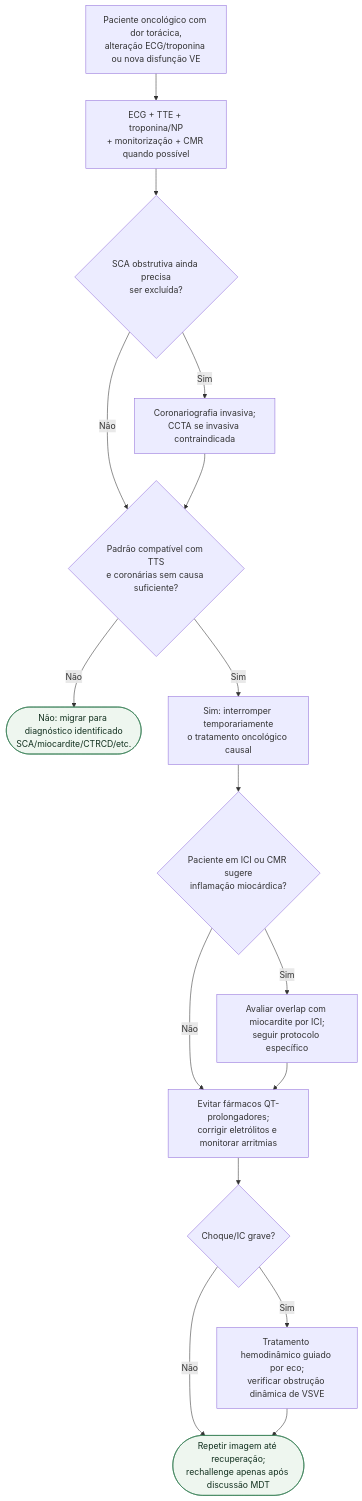
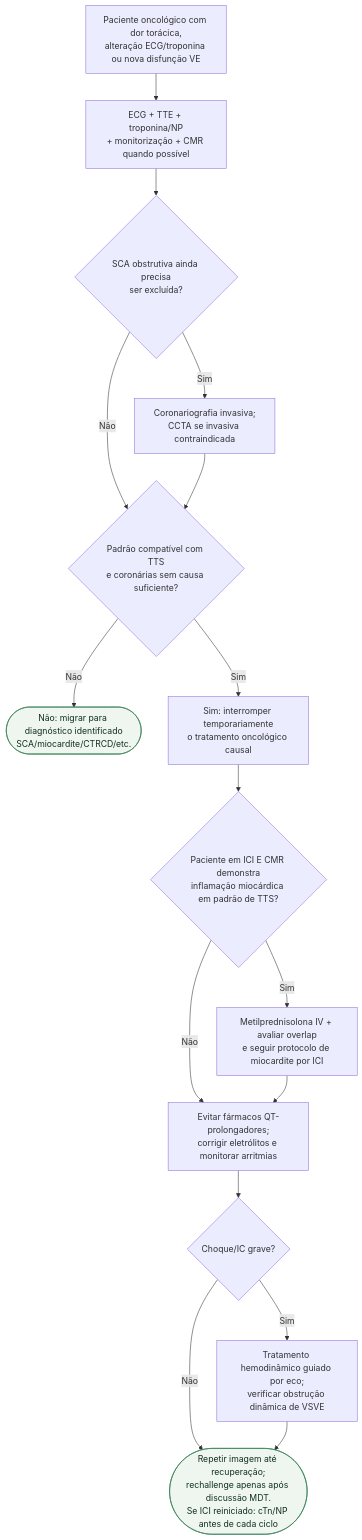
Before and after one commit to rafaelpaesmeirelles/MeuCardio: the diagram in content/Cardio-oncologia/fluxograma-sindrome-de-takotsubo-associada-ao-cancer-e-terapia-antineoplasica.md, drawn with Mermaid. The commit also changed other lines of this file and 26 other files, not shown here.

````diff
--- a/content/Cardio-oncologia/fluxograma-sindrome-de-takotsubo-associada-ao-cancer-e-terapia-antineoplasica.md
+++ b/content/Cardio-oncologia/fluxograma-sindrome-de-takotsubo-associada-ao-cancer-e-terapia-antineoplasica.md
@@ -13,35 +14,35 @@
 ```mermaid
 flowchart TD
   R0["Paciente oncológico com dor torácica,<br/>alteração ECG/troponina ou nova disfunção VE"]
   P1["ECG + TTE + troponina/NP<br/>+ monitorização + CMR quando possível"]
   D1{"SCA obstrutiva ainda precisa<br/>ser excluída?"}
   P2["Coronariografia invasiva;<br/>CCTA se invasiva contraindicada"]
   D2{"Padrão compatível com TTS<br/>e coronárias sem causa suficiente?"}
   C1(["Não: migrar para diagnóstico identificado<br/>SCA/miocardite/CTRCD/etc."])
   P3["Sim: interromper temporariamente<br/>o tratamento oncológico causal"]
-  D3{"Paciente em ICI ou CMR sugere<br/>inflamação miocárdica?"}
-  P4["Avaliar overlap com miocardite por ICI;<br/>seguir protocolo específico"]
+  D3{"Paciente em ICI E CMR demonstra<br/>inflamação miocárdica em padrão de TTS?"}
+  P4["Metilprednisolona IV + avaliar overlap<br/>e seguir protocolo de miocardite por ICI"]
   P5["Evitar fármacos QT-prolongadores;<br/>corrigir eletrólitos e monitorar arritmias"]
   D4{"Choque/IC grave?"}
   P6["Tratamento hemodinâmico guiado por eco;<br/>verificar obstrução dinâmica de VSVE"]
-  C2(["Repetir imagem até recuperação;<br/>rechallenge apenas após discussão MDT"])
+  C2(["Repetir imagem até recuperação;<br/>rechallenge apenas após discussão MDT.<br/>Se ICI reiniciado: cTn/NP antes de cada ciclo"])
 
   R0 --> P1
   P1 --> D1
   D1 -->|"Sim"| P2
   D1 -->|"Não"| D2
   P2 --> D2
   D2 -->|"Não"| C1
   D2 -->|"Sim"| P3
   P3 --> D3
   D3 -->|"Sim"| P4
   D3 -->|"Não"| P5
   P4 --> P5
   P5 --> D4
   D4 -->|"Sim"| P6
   D4 -->|"Não"| C2
   P6 --> C2
 
   classDef conduta fill:#eef6ef,stroke:#2f7a4f,color:#12301f;
   class C1,C2 conduta;
 ```
````
